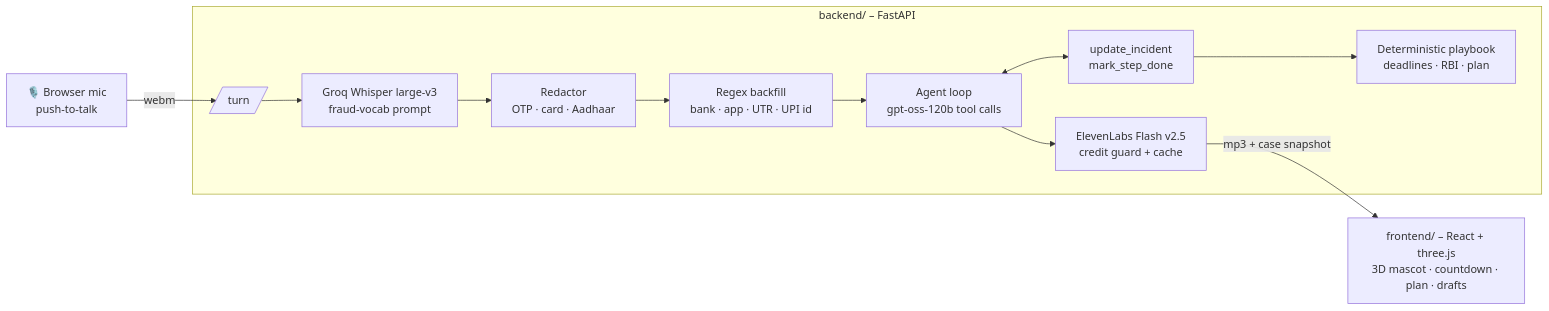
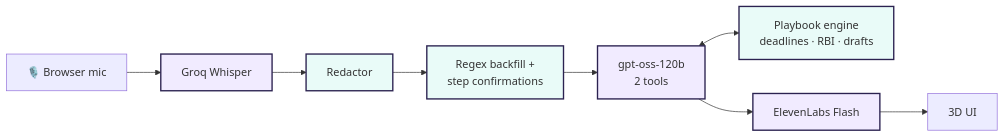
The second of 2 diagrams in README.md (coolstack-coder/Voice_Agent), drawn with Mermaid before and after one commit. The commit also changed other lines of this file and 4 other files, not shown here.

Commit message:
Polish README: demo walkthrough, feature table, sequence diagram, testing guardrails, setup guide

````diff
--- a/README.md
+++ b/README.md
@@ -27,14 +102,14 @@
 ```mermaid
 flowchart LR
-  Mic[🎙️ Browser mic<br/>push-to-talk] -->|webm| API
-  subgraph Backend [backend/ – FastAPI]
-    API[/turn/] --> STT[Groq Whisper large-v3<br/>fraud-vocab prompt]
-    STT --> RED[Redactor<br/>OTP · card · Aadhaar]
-    RED --> BF[Regex backfill<br/>bank · app · UTR · UPI id]
-    BF --> AG[Agent loop<br/>gpt-oss-120b tool calls]
-    AG <--> TOOLS[update_incident<br/>mark_step_done]
-    TOOLS --> ENG[Deterministic playbook<br/>deadlines · RBI · plan]
-    AG --> TTS[ElevenLabs Flash v2.5<br/>credit guard + cache]
-  end
-  TTS -->|mp3 + case snapshot| UI[frontend/ – React + three.js<br/>3D mascot · countdown · plan · drafts]
+  Mic[🎙️ Browser mic] --> STT[Groq Whisper]
+  STT --> RED[Redactor]
+  RED --> BF[Regex backfill +<br/>step confirmations]
+  BF --> LLM[gpt-oss-120b<br/>2 tools]
+  LLM <--> ENG[Playbook engine<br/>deadlines · RBI · drafts]
+  LLM --> TTS[ElevenLabs Flash]
+  TTS --> UI[3D UI]
+  classDef ai fill:#f1ebff,stroke:#2b2250,stroke-width:2px;
+  classDef det fill:#e9fbf8,stroke:#2b2250,stroke-width:2px;
+  class STT,LLM,TTS ai;
+  class RED,BF,ENG det;
 ```
````
